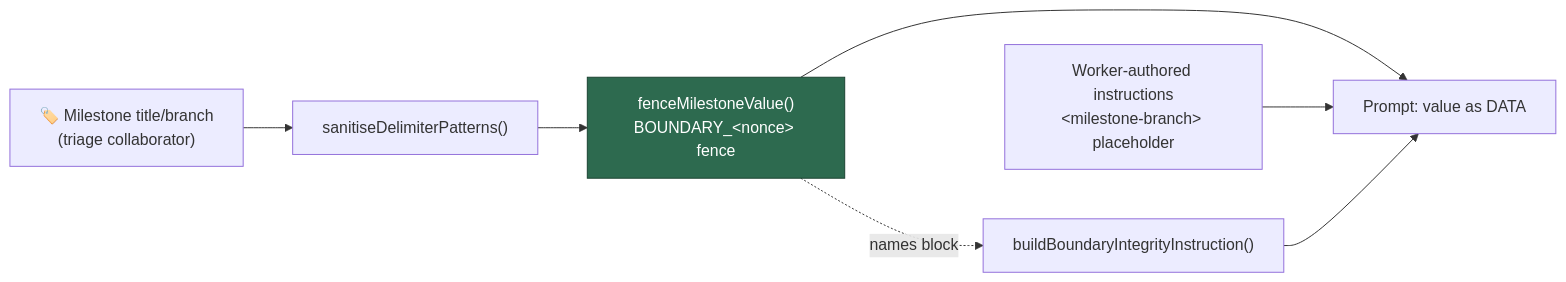
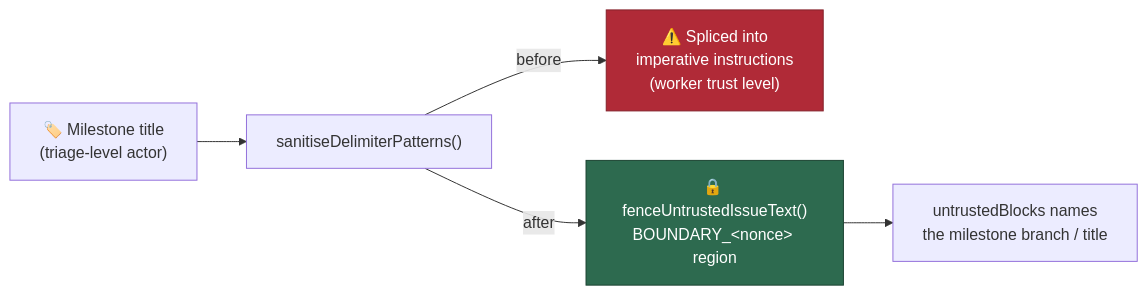
Before and after one commit to stSoftwareAU/VibeCoder: the diagram in docs/archive/pr-summaries/pr-summary-16.md, drawn with Mermaid. The commit also changed other lines of this file, not shown here.

First line of the commit message:
Add PR summary for the milestone fence fix (Issue #16)

````diff
--- a/docs/archive/pr-summaries/pr-summary-16.md
+++ b/docs/archive/pr-summaries/pr-summary-16.md
@@ -51,10 +79,9 @@
 ```mermaid
 flowchart LR
-    M["🏷️ Milestone title/branch<br/>(triage collaborator)"] --> S["sanitiseDelimiterPatterns()"]
-    S --> F["fenceMilestoneValue()<br/>BOUNDARY_&lt;nonce&gt; fence"]
-    F --> P["Prompt: value as DATA"]
-    I["Worker-authored instructions<br/>&lt;milestone-branch&gt; placeholder"] --> P
-    F -.names block.-> B["buildBoundaryIntegrityInstruction()"]
-    B --> P
+    M["🏷️ Milestone title<br/>(triage-level actor)"] --> S["sanitiseDelimiterPatterns()"]
+    S -->|before| I["⚠️ Spliced into<br/>imperative instructions<br/>(worker trust level)"]
+    S -->|after| F["🔒 fenceUntrustedIssueText()<br/>BOUNDARY_&lt;nonce&gt; region"]
+    F --> B["untrustedBlocks names<br/>the milestone branch / title"]
+    style I fill:#b02a37,stroke:#842029,color:#fff
     style F fill:#2d6a4f,stroke:#1b4332,color:#fff
 ```
````
